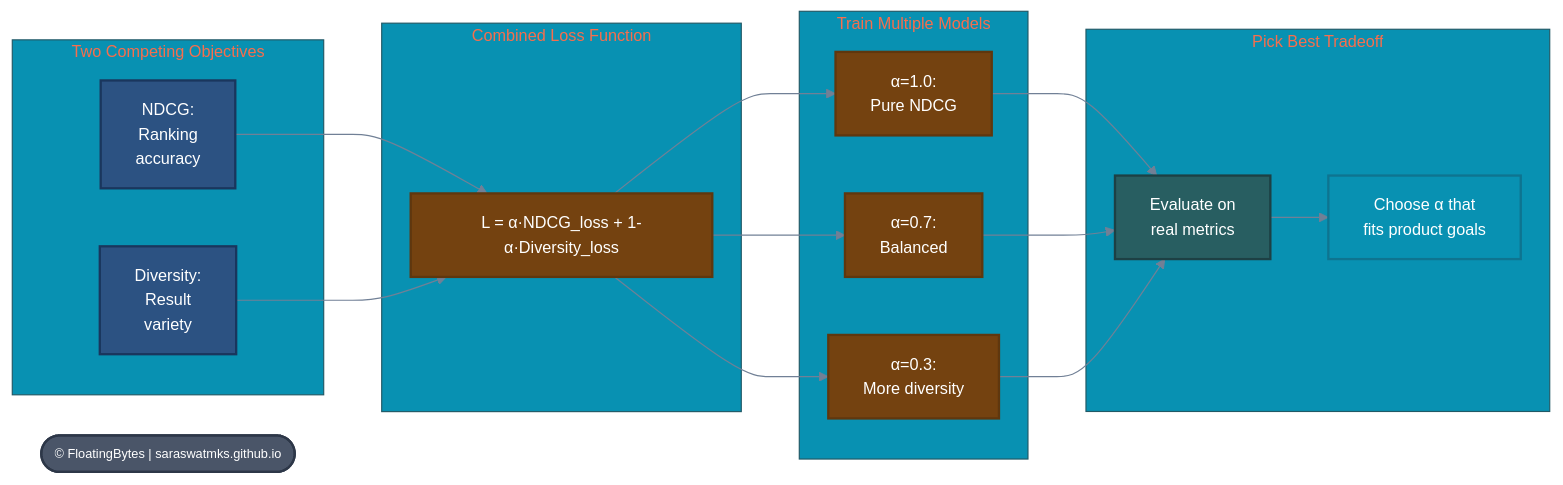
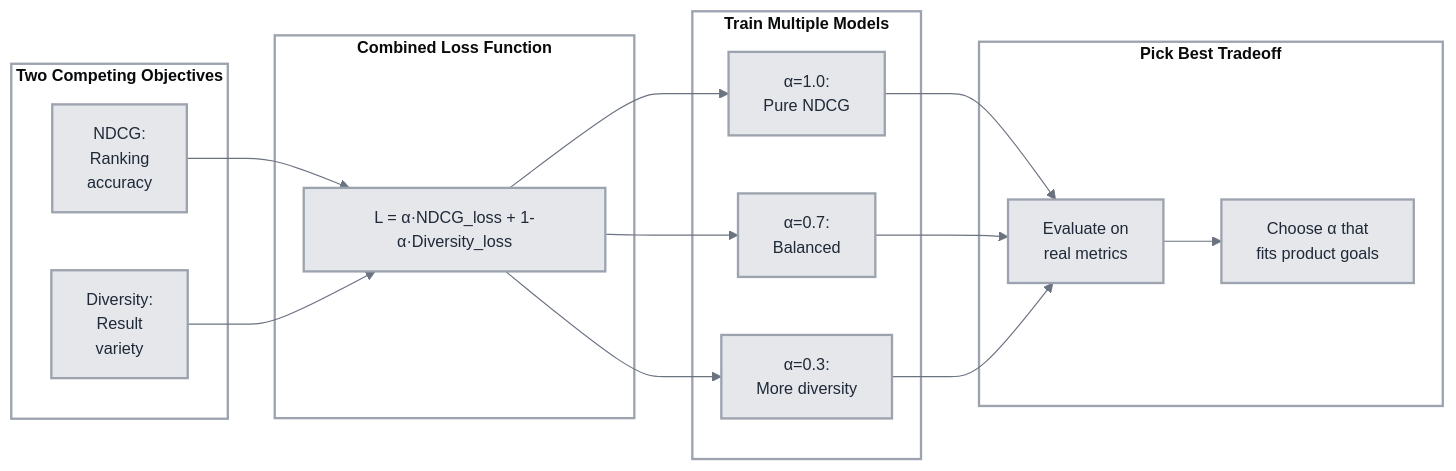
The third of 4 diagrams in _posts/2026/2026-02-07-lightgbm_pairwise_lambdarank.md (saraswatmks/saraswatmks.github.com), drawn with Mermaid before and after one commit. The commit also changed other lines of this file, not shown here.

Commit message:
Final Mermaid diagram cleanup: remove emojis, add grey background

````diff
--- a/_posts/2026/2026-02-07-lightgbm_pairwise_lambdarank.md
+++ b/_posts/2026/2026-02-07-lightgbm_pairwise_lambdarank.md
@@ -220,58 +214,58 @@
 ```mermaid
 %%{init: {
   'theme': 'base',
   'themeVariables': {
-    'primaryColor': '#2C5282',
-    'primaryTextColor': '#FFFFFF',
-    'primaryBorderColor': '#1A365D',
-    'lineColor': '#718096',
-    'secondaryColor': '#744210',
-    'tertiaryColor': '#0891B2',
+    'primaryColor': '#E5E7EB',
+    'primaryTextColor': '#1F2937',
+    'primaryBorderColor': '#9CA3AF',
+    'lineColor': '#6B7280',
     'fontSize': '14px',
-    'fontFamily': 'system-ui, -apple-system, sans-serif'
+    'fontFamily': 'system-ui, -apple-system, sans-serif',
+    'background': '#F3F4F6'
   }
 }}%%
 
 graph LR
-    subgraph Objectives["Two Competing Objectives"]
+    subgraph Objectives["<b>Two Competing Objectives</b>"]
         A[NDCG:<br/>Ranking<br/>accuracy]
         B[Diversity:<br/>Result<br/>variety]
     end
 
-    subgraph Loss["Combined Loss Function"]
+    subgraph Loss["<b>Combined Loss Function</b>"]
         C["L = α·NDCG_loss + 1-α·Diversity_loss"]
     end
 
-    subgraph Models["Train Multiple Models"]
+    subgraph Models["<b>Train Multiple Models</b>"]
         D1[α=1.0:<br/>Pure NDCG]
         D2[α=0.7:<br/>Balanced]
         D3[α=0.3:<br/>More diversity]
     end
 
-    subgraph Pareto["Pick Best Tradeoff"]
+    subgraph Pareto["<b>Pick Best Tradeoff</b>"]
         E[Evaluate on<br/>real metrics]
         F[Choose α that<br/>fits product goals]
     end
 
     A --> C
     B --> C
     C --> D1
     C --> D2
     C --> D3
     D1 --> E
     D2 --> E
     D3 --> E
     E --> F
 
-    WM(["© FloatingBytes | saraswatmks.github.io"])
-
-    style A fill:#2C5282,stroke:#1A365D,stroke-width:2px,color:#FFFFFF
-    style B fill:#2C5282,stroke:#1A365D,stroke-width:2px,color:#FFFFFF
-    style C fill:#744210,stroke:#5F370E,stroke-width:2px,color:#FFFFFF
-    style D1 fill:#744210,stroke:#5F370E,stroke-width:2px,color:#FFFFFF
-    style D2 fill:#744210,stroke:#5F370E,stroke-width:2px,color:#FFFFFF
-    style D3 fill:#744210,stroke:#5F370E,stroke-width:2px,color:#FFFFFF
-    style E fill:#285E61,stroke:#1D4044,stroke-width:2px,color:#FFFFFF
-    style F fill:#0891B2,stroke:#0E7490,stroke-width:2px,color:#FFFFFF
-    style WM fill:#4A5568,stroke:#2D3748,stroke-width:2px,color:#FFFFFF,font-size:11px
+    style A fill:#E5E7EB,stroke:#9CA3AF,stroke-width:2px,color:#1F2937
+    style B fill:#E5E7EB,stroke:#9CA3AF,stroke-width:2px,color:#1F2937
+    style C fill:#E5E7EB,stroke:#9CA3AF,stroke-width:2px,color:#1F2937
+    style D1 fill:#E5E7EB,stroke:#9CA3AF,stroke-width:2px,color:#1F2937
+    style D2 fill:#E5E7EB,stroke:#9CA3AF,stroke-width:2px,color:#1F2937
+    style D3 fill:#E5E7EB,stroke:#9CA3AF,stroke-width:2px,color:#1F2937
+    style E fill:#E5E7EB,stroke:#9CA3AF,stroke-width:2px,color:#1F2937
+    style F fill:#E5E7EB,stroke:#9CA3AF,stroke-width:2px,color:#1F2937
+    style Objectives fill:#FFFFFF,stroke:#9CA3AF,stroke-width:2px
+    style Loss fill:#FFFFFF,stroke:#9CA3AF,stroke-width:2px
+    style Models fill:#FFFFFF,stroke:#9CA3AF,stroke-width:2px
+    style Pareto fill:#FFFFFF,stroke:#9CA3AF,stroke-width:2px
 ```
````
